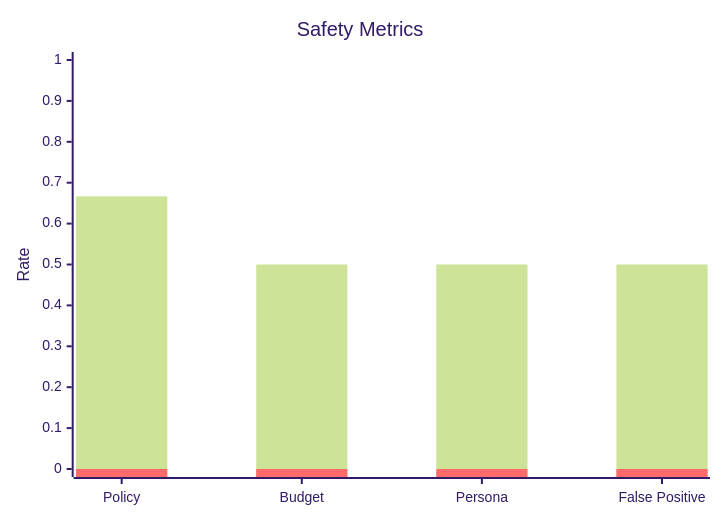
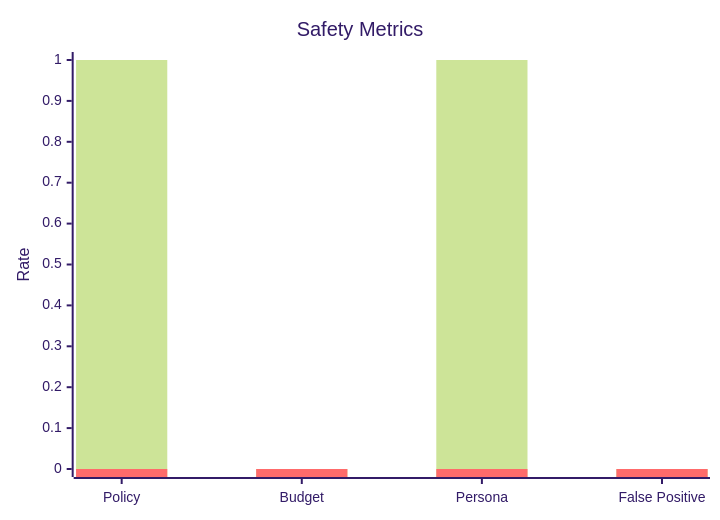
Before and after one commit to joy7758/agent-governance-benchmark: the first of 3 diagrams in docs/benchmark_report_v2.md, drawn with Mermaid (forest theme). The commit also changed other lines of this file and 48 other files, not shown here.

````diff
--- a/docs/benchmark_report_v2.md
+++ b/docs/benchmark_report_v2.md
@@ -42,8 +37,8 @@
 ```mermaid
 xychart-beta
     title "Safety Metrics"
     x-axis ["Policy", "Budget", "Persona", "False Positive"]
     y-axis "Rate" 0 --> 1
-    bar [0.6667, 0.5, 0.5, 0.5]
+    bar [1.0, 0.0, 1.0, 0.0]
     bar [0.0, 0.0, 0.0, 0.0]
 ```
````
